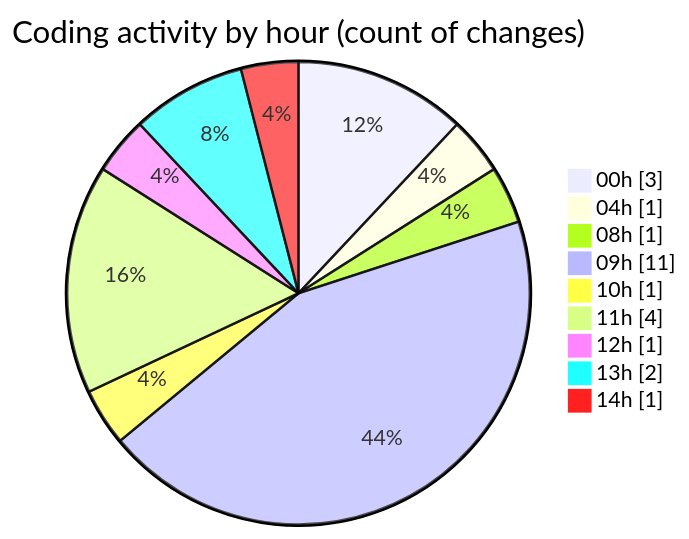
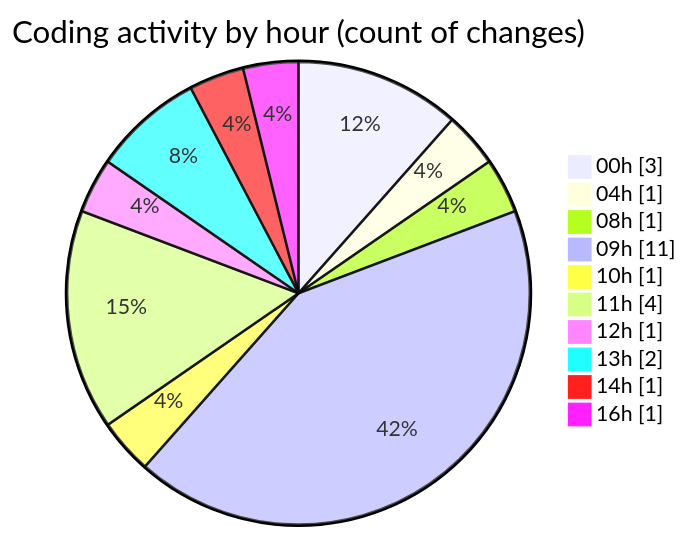
One commit to tmsrecording-cyber/code-tracking changed the second of 2 diagrams in 2026-02-03/singularitybrainai/README.md. Above: the diagram before and after it, drawn with Mermaid. The commit also changed other lines of this file and 1 other file, not shown here.

````diff
--- a/2026-02-03/singularitybrainai/README.md
+++ b/2026-02-03/singularitybrainai/README.md
@@ -33,13 +33,14 @@
 ```mermaid
 pie showData
 title Coding activity by hour (count of changes)
 "00h" : 3
 "04h" : 1
 "08h" : 1
 "09h" : 11
 "10h" : 1
 "11h" : 4
 "12h" : 1
 "13h" : 2
 "14h" : 1
+"16h" : 1
 ```
````
